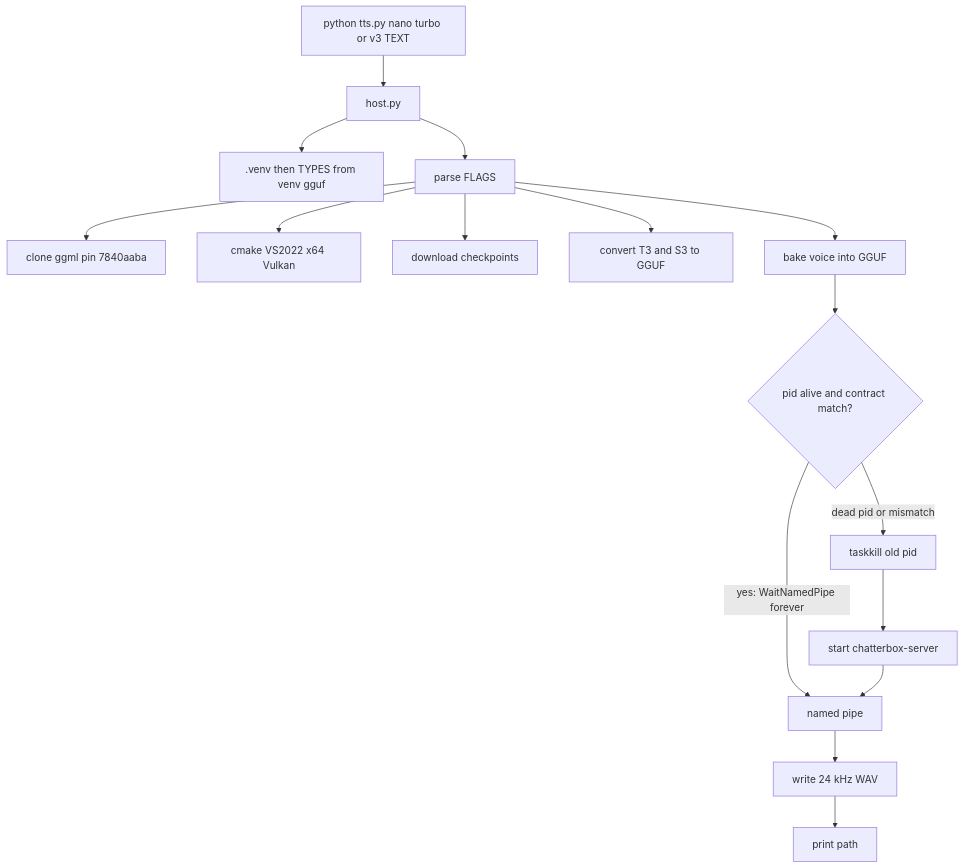
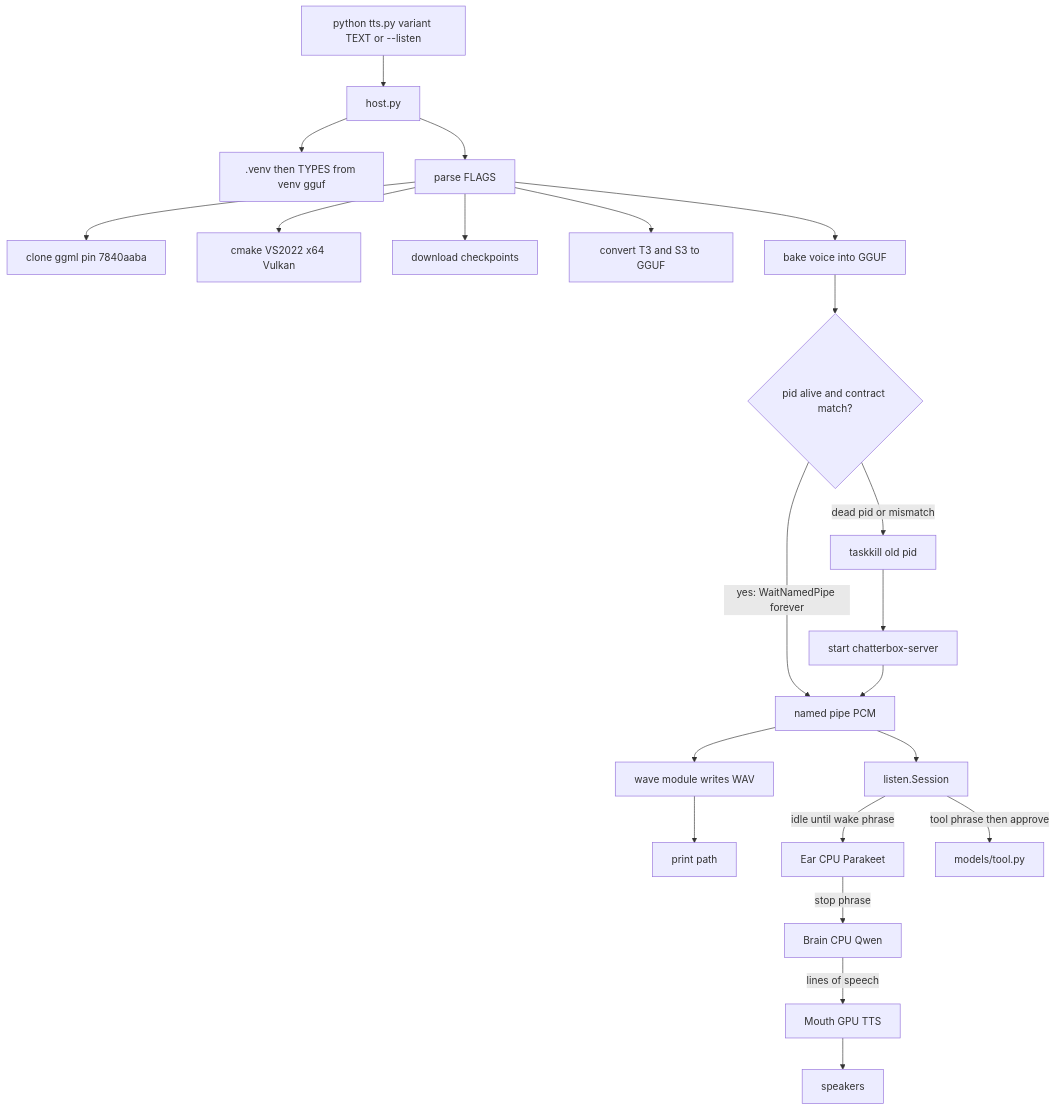
Before and after one commit to wgabrys88/Trident: the diagram in README.md, drawn with Mermaid. The commit also changed other lines of this file, not shown here.

````diff
--- a/README.md
+++ b/README.md
@@ -185,18 +249,24 @@
 ```mermaid
 flowchart TD
-  cmdNode["python tts.py nano turbo or v3 TEXT"] --> hostNode[host.py]
+  cmdNode["python tts.py variant TEXT or --listen"] --> hostNode[host.py]
   hostNode --> venvNode[".venv then TYPES from venv gguf"]
   hostNode --> parseNode[parse FLAGS]
   parseNode --> ggmlNode[clone ggml pin 7840aaba]
   parseNode --> cmakeNode[cmake VS2022 x64 Vulkan]
   parseNode --> dlNode[download checkpoints]
   parseNode --> convNode[convert T3 and S3 to GGUF]
   parseNode --> bakeNode[bake voice into GGUF]
   bakeNode --> matchNode{pid alive and contract match?}
-  matchNode -->|"yes: WaitNamedPipe forever"| pipeNode[named pipe]
+  matchNode -->|"yes: WaitNamedPipe forever"| pipeNode[named pipe PCM]
   matchNode -->|"dead pid or mismatch"| killNode[taskkill old pid]
   killNode --> startNode[start chatterbox-server]
   startNode --> pipeNode
-  pipeNode --> wavNode[write 24 kHz WAV]
-  wavNode --> outNode[print path]
+  pipeNode --> oneshotNode[wave module writes WAV]
+  oneshotNode --> outNode[print path]
+  pipeNode --> listenNode[listen.Session]
+  listenNode -->|"idle until wake phrase"| earNode[Ear CPU Parakeet]
+  earNode -->|"stop phrase"| brainNode[Brain CPU Qwen]
+  brainNode -->|"lines of speech"| mouthNode[Mouth GPU TTS]
+  mouthNode --> speakersNode[speakers]
+  listenNode -->|"tool phrase then approve"| toolNode[models/tool.py]
 ```
````
